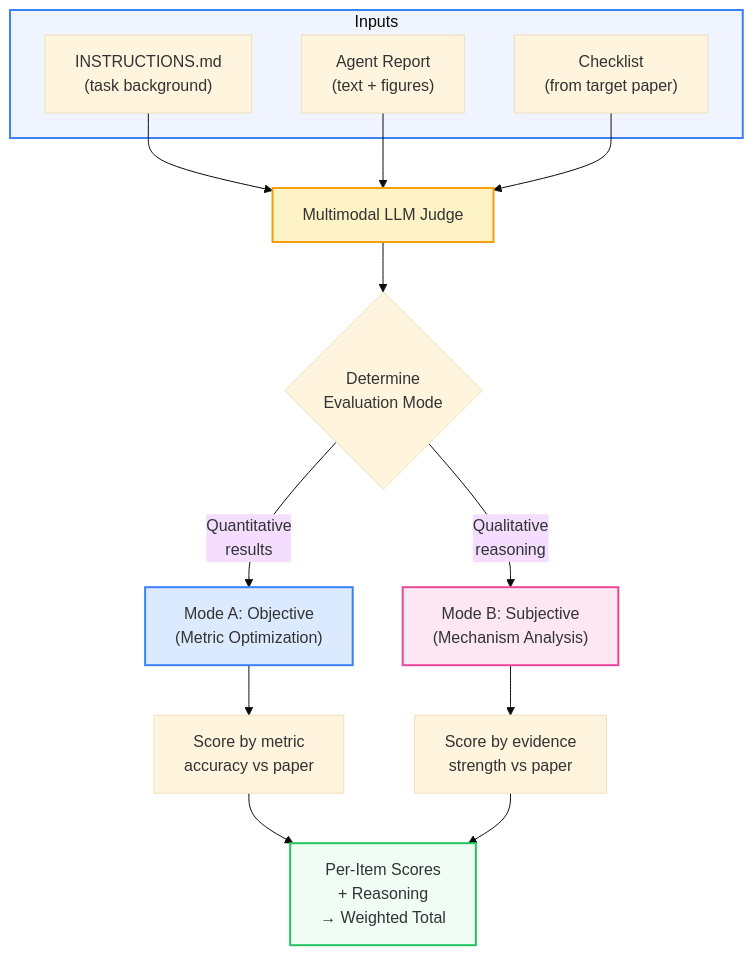
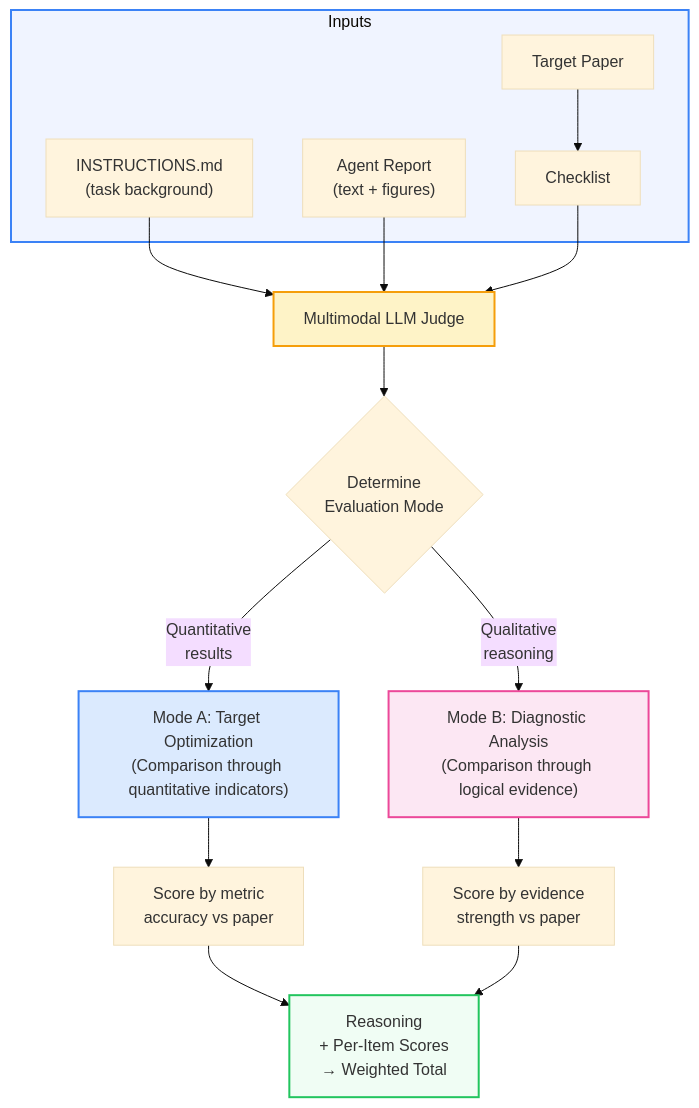
Before and after one commit to black-yt/ResearchClawBench: the third of 3 diagrams in README.md, drawn with Mermaid (base theme). The commit also changed other lines of this file, not shown here.

Commit message:
Refine evaluation metric terminology

````diff
--- a/README.md
+++ b/README.md
@@ -157,26 +159,28 @@
 ```mermaid
 flowchart TD
     subgraph Inputs
         I["INSTRUCTIONS.md\n(task background)"]
         R["Agent Report\n(text + figures)"]
-        CL["Checklist\n(from target paper)"]
+        TP["Target Paper"]
+        CL["Checklist"]
     end
 
+    TP --> CL
     I & R & CL --> J["Multimodal LLM Judge"]
 
     J --> DET{"Determine\nEvaluation Mode"}
 
-    DET -->|"Quantitative\nresults"| OBJ["Mode A: Objective\n(Metric Optimization)"]
-    DET -->|"Qualitative\nreasoning"| SUB["Mode B: Subjective\n(Mechanism Analysis)"]
+    DET -->|"Quantitative\nresults"| OBJ["Mode A: Target Optimization\n(Comparison through quantitative indicators)"]
+    DET -->|"Qualitative\nreasoning"| SUB["Mode B: Diagnostic Analysis\n(Comparison through logical evidence)"]
 
     OBJ --> SO["Score by metric\naccuracy vs paper"]
     SUB --> SS["Score by evidence\nstrength vs paper"]
 
-    SO & SS --> T["Per-Item Scores\n+ Reasoning\n→ Weighted Total"]
+    SO & SS --> T["Reasoning\n+ Per-Item Scores\n→ Weighted Total"]
 
     style Inputs fill:#f0f4ff,stroke:#3b82f6,stroke-width:2px
     style J fill:#fef3c7,stroke:#f59e0b,stroke-width:2px
     style OBJ fill:#dbeafe,stroke:#3b82f6,stroke-width:2px
     style SUB fill:#fce7f3,stroke:#ec4899,stroke-width:2px
     style T fill:#f0fdf4,stroke:#22c55e,stroke-width:2px
 ```
````
